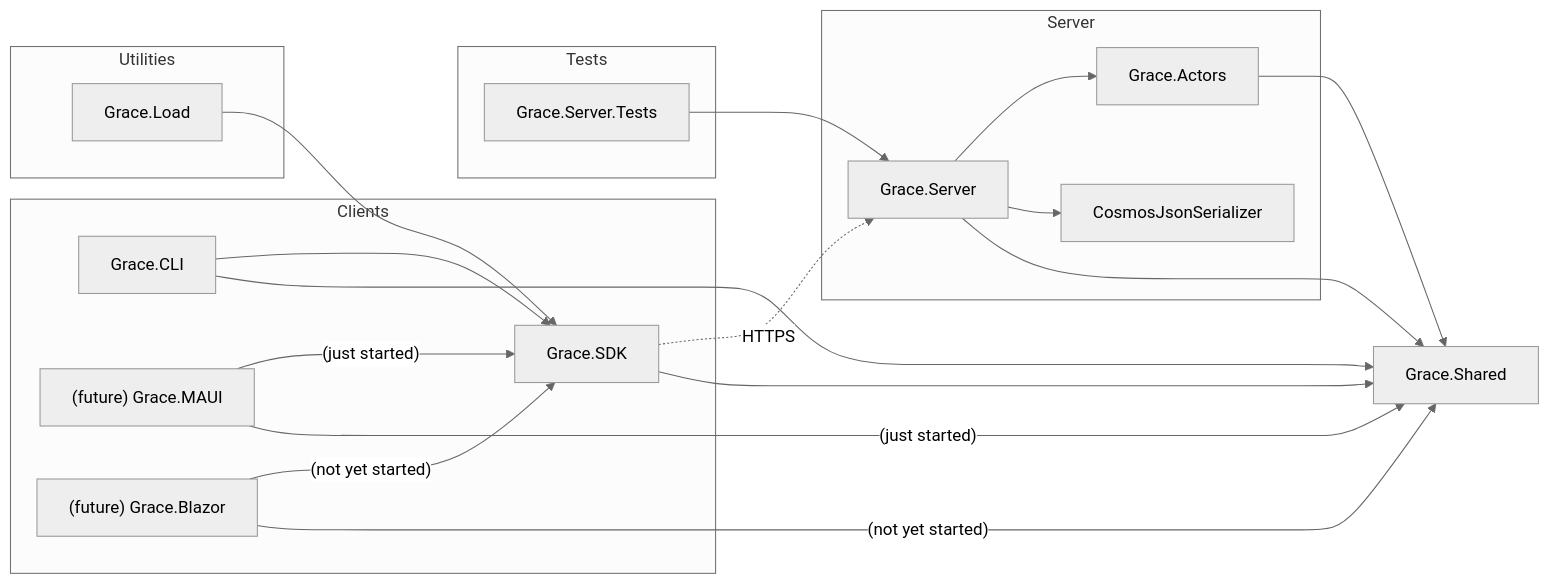
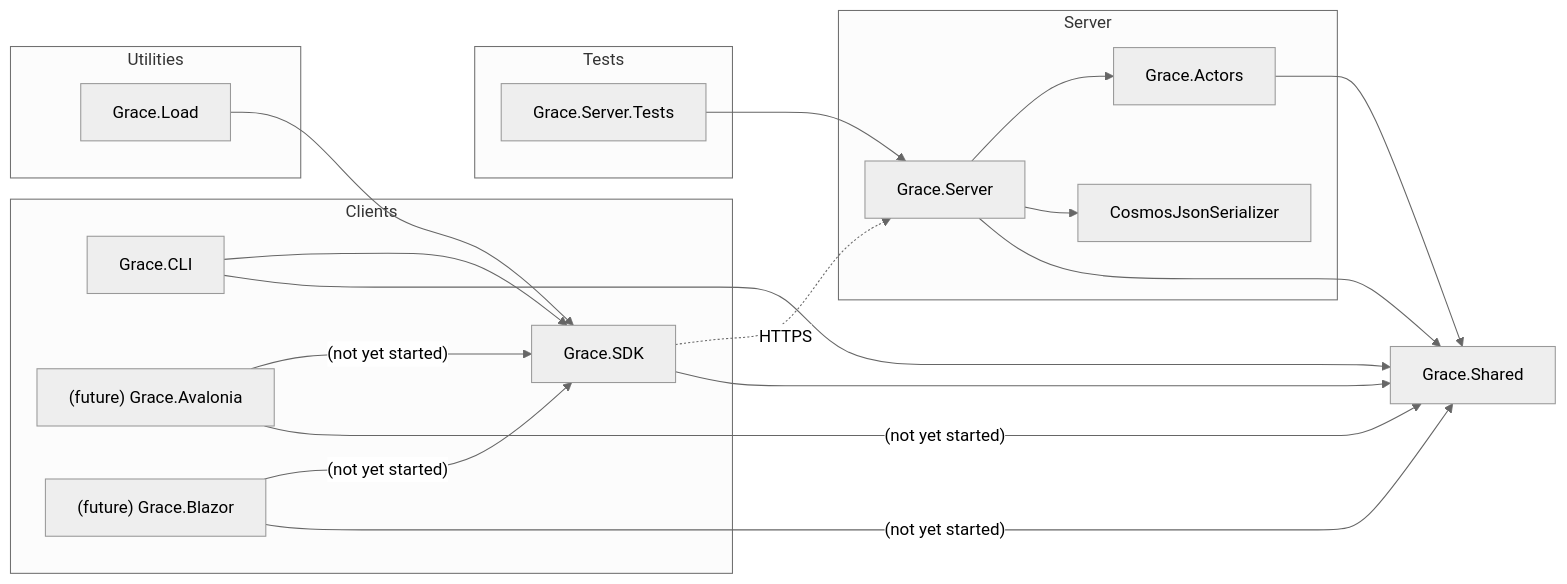
One commit to ScottArbeit/Grace changed the diagram in README.md. Above: the diagram before and after it, drawn with Mermaid (neutral theme). The commit also changed other lines of this file, not shown here.

Commit message:
Update README.md
Updating project diagram

````diff
--- a/README.md
+++ b/README.md
@@ -349,29 +349,29 @@
 ```mermaid
 flowchart LR
     subgraph Server
     Grace.Server-->Grace.Actors
     Grace.Server-->CosmosJsonSerializer
     end
 
     subgraph Clients
     Grace.CLI-->Grace.SDK
     Grace.SDK-.->|HTTPS|Grace.Server
-    MAUI["(future) Grace.MAUI"]-->|"(just started)"|Grace.SDK
+    Avalonia["(future) Grace.Avalonia"]-->|"(not yet started)"|Grace.SDK
     Blazor["(future) Grace.Blazor"]-->|"(not yet started)"|Grace.SDK
     end
 
     subgraph Utilities
     Grace.Load-->Grace.SDK
     end
 
     subgraph Tests
     Grace.Server.Tests-->Grace.Server
     end
 
     Grace.Actors-->Grace.Shared
     Grace.Server-->Grace.Shared
     Grace.CLI-->Grace.Shared
     Grace.SDK-->Grace.Shared
-    MAUI["(future) Grace.MAUI"]-->|"(just started)"|Grace.Shared
+    Avalonia["(future) Grace.Avalonia"]-->|"(not yet started)"|Grace.Shared
     Blazor["(future) Grace.Blazor"]-->|"(not yet started)"|Grace.Shared
 ```
````
